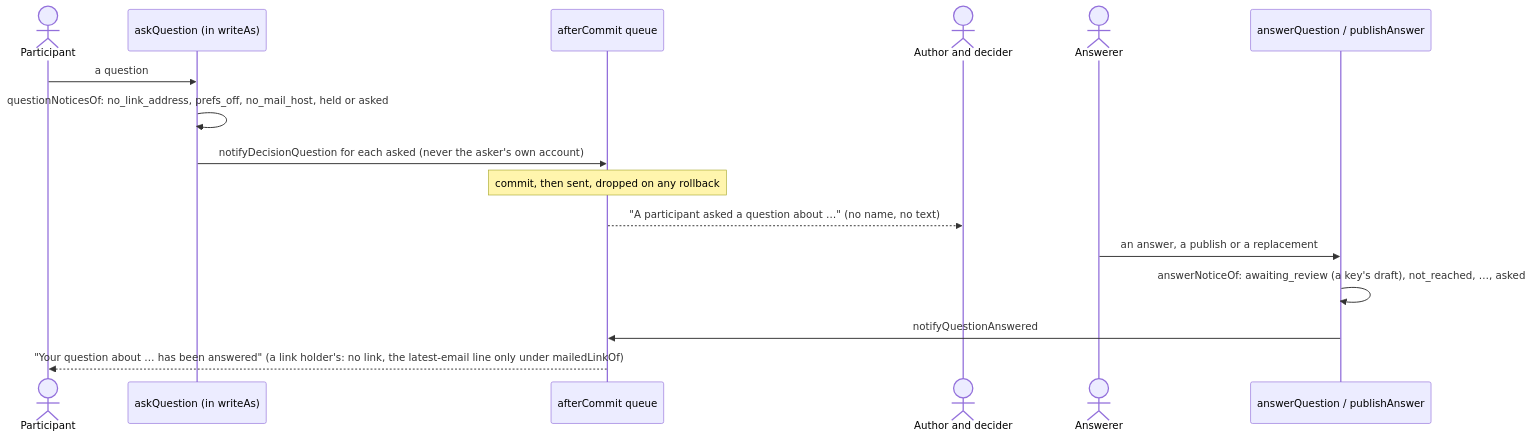
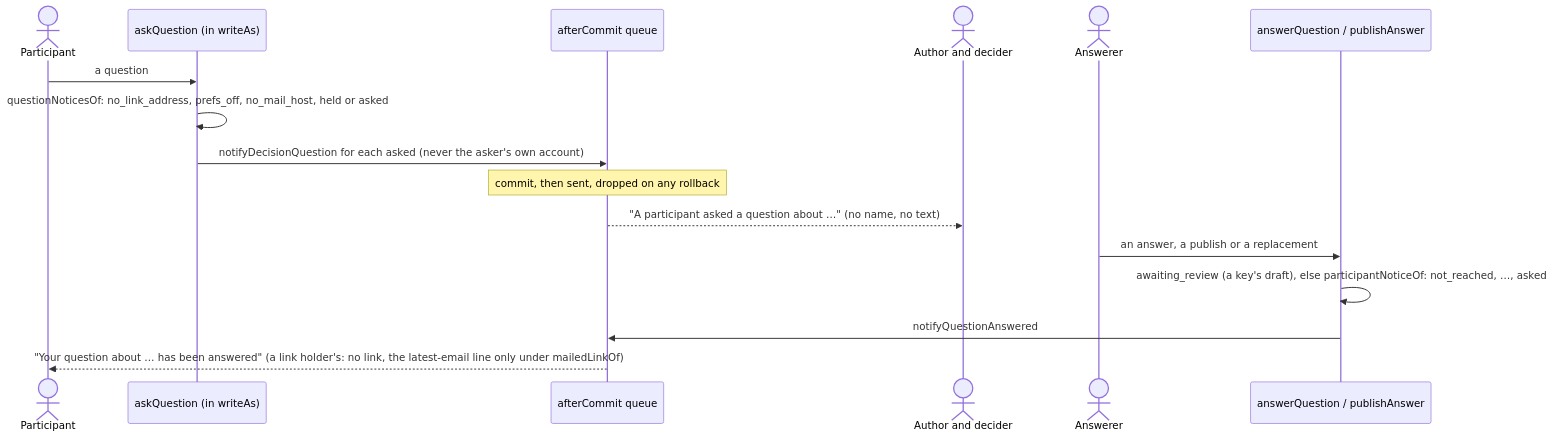
One commit to gitBoon/DumpFire changed diagram 24 of 53 in docs/notifications-email.md. Above: the diagram before and after it, drawn with Mermaid. The commit also changed other lines of this file and 82 other files, not shown here.

````diff
--- a/docs/notifications-email.md
+++ b/docs/notifications-email.md
@@ -1602,18 +1608,18 @@
 ```mermaid
 sequenceDiagram
     actor P as Participant
     participant W as askQuestion (in writeAs)
     participant Q as afterCommit queue
     actor A as Author and decider
     actor D as Answerer
     participant X as answerQuestion / publishAnswer
     P->>W: a question
     W->>W: questionNoticesOf: no_link_address, prefs_off, no_mail_host, held or asked
     W->>Q: notifyDecisionQuestion for each asked (never the asker's own account)
     Note over Q: commit, then sent, dropped on any rollback
     Q-->>A: "A participant asked a question about …" (no name, no text)
     D->>X: an answer, a publish or a replacement
-    X->>X: answerNoticeOf: awaiting_review (a key's draft), not_reached, …, asked
+    X->>X: awaiting_review (a key's draft), else participantNoticeOf: not_reached, …, asked
     X->>Q: notifyQuestionAnswered
     Q-->>P: "Your question about … has been answered" (a link holder's: no link, the latest-email line only under mailedLinkOf)
 ```
````
